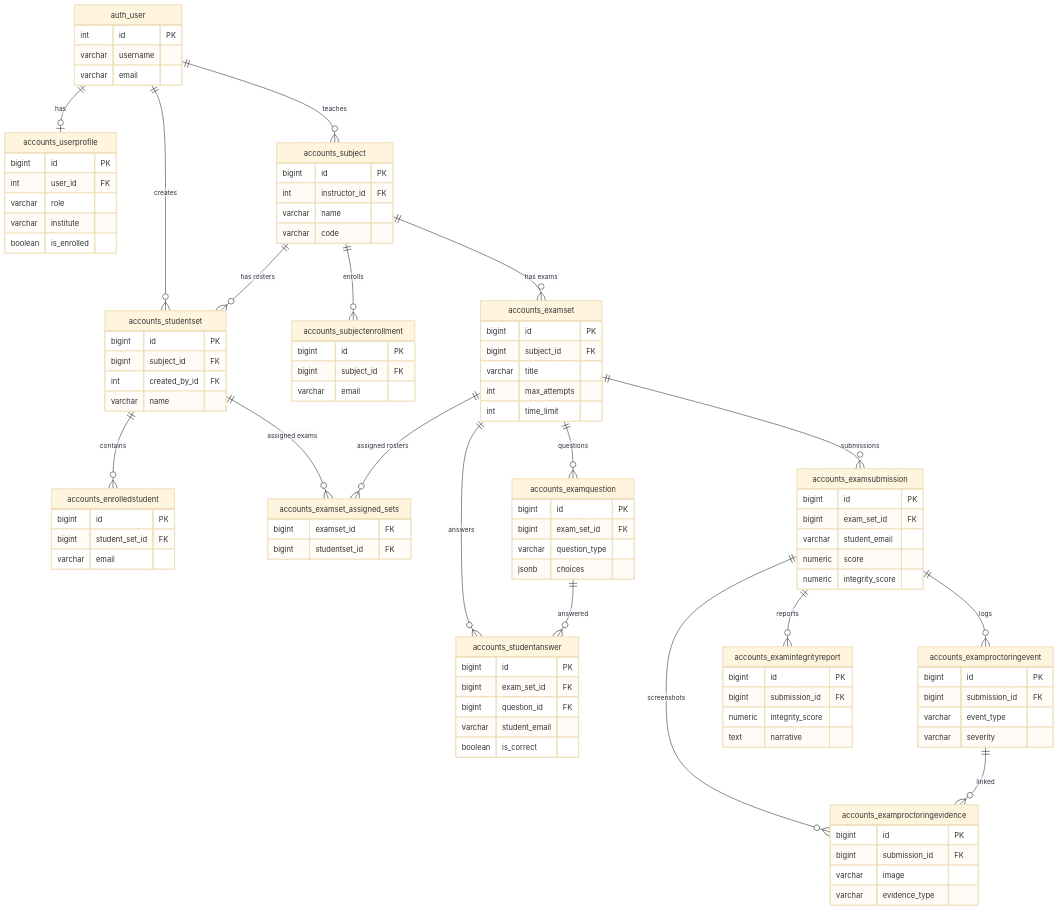
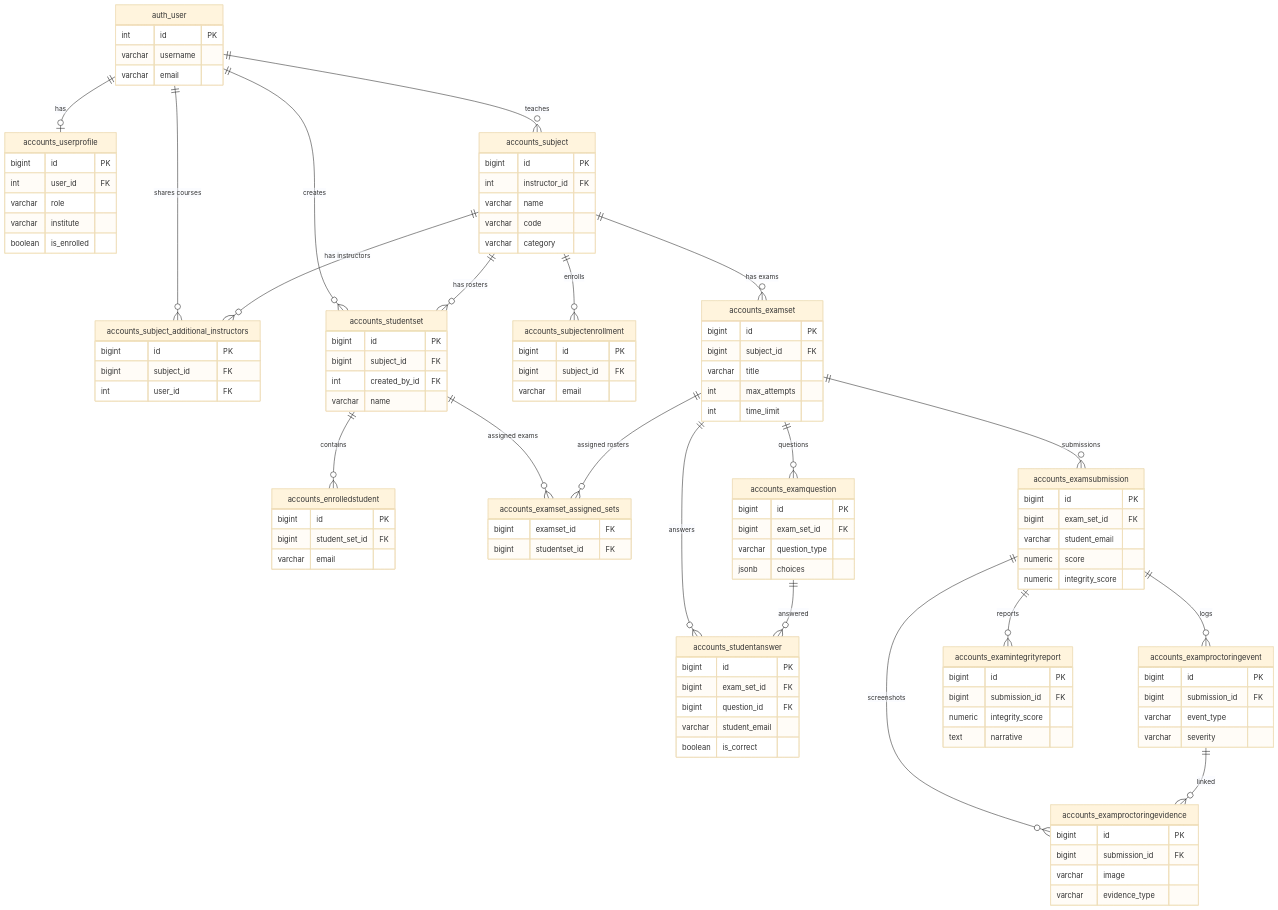
One commit to brybalidiong/AI-Vigilation changed the diagram in docs/database-erd.mmd. Above: the diagram before and after it, drawn with Mermaid (base theme). The commit also changed 10 other files, not shown here.

```diff
--- a/docs/database-erd.mmd
+++ b/docs/database-erd.mmd
@@ -1,120 +1,129 @@
 erDiagram
     auth_user ||--o| accounts_userprofile : "has"
     auth_user ||--o{ accounts_subject : "teaches"
+    auth_user ||--o{ accounts_subject_additional_instructors : "shares courses"
+    accounts_subject ||--o{ accounts_subject_additional_instructors : "has instructors"
     auth_user ||--o{ accounts_studentset : "creates"
 
     accounts_subject ||--o{ accounts_studentset : "has rosters"
     accounts_subject ||--o{ accounts_subjectenrollment : "enrolls"
     accounts_subject ||--o{ accounts_examset : "has exams"
 
     accounts_studentset ||--o{ accounts_enrolledstudent : "contains"
     accounts_studentset ||--o{ accounts_examset_assigned_sets : "assigned exams"
     accounts_examset ||--o{ accounts_examset_assigned_sets : "assigned rosters"
 
     accounts_examset ||--o{ accounts_examsubmission : "submissions"
     accounts_examset ||--o{ accounts_examquestion : "questions"
     accounts_examset ||--o{ accounts_studentanswer : "answers"
 
     accounts_examquestion ||--o{ accounts_studentanswer : "answered"
 
     auth_user {
         int id PK
         varchar username
         varchar email
     }
 
     accounts_userprofile {
         bigint id PK
         int user_id FK
         varchar role
         varchar institute
         boolean is_enrolled
     }
 
     accounts_subject {
         bigint id PK
         int instructor_id FK
         varchar name
         varchar code
+        varchar category
+    }
+
+    accounts_subject_additional_instructors {
+        bigint id PK
+        bigint subject_id FK
+        int user_id FK
     }
 
     accounts_studentset {
         bigint id PK
         bigint subject_id FK
         int created_by_id FK
         varchar name
     }
 
     accounts_enrolledstudent {
         bigint id PK
         bigint student_set_id FK
         varchar email
     }
 
     accounts_subjectenrollment {
         bigint id PK
         bigint subject_id FK
         varchar email
     }
 
     accounts_examset {
         bigint id PK
         bigint subject_id FK
         varchar title
         int max_attempts
         int time_limit
     }
 
     accounts_examset_assigned_sets {
         bigint examset_id FK
         bigint studentset_id FK
     }
 
     accounts_examsubmission ||--o{ accounts_examproctoringevent : "logs"
     accounts_examsubmission ||--o{ accounts_examproctoringevidence : "screenshots"
     accounts_examsubmission ||--o{ accounts_examintegrityreport : "reports"
     accounts_examproctoringevent ||--o{ accounts_examproctoringevidence : "linked"
 
     accounts_examsubmission {
         bigint id PK
         bigint exam_set_id FK
         varchar student_email
         numeric score
         numeric integrity_score
     }
 
     accounts_examproctoringevent {
         bigint id PK
         bigint submission_id FK
         varchar event_type
         varchar severity
     }
 
     accounts_examproctoringevidence {
         bigint id PK
         bigint submission_id FK
         varchar image
         varchar evidence_type
     }
 
     accounts_examintegrityreport {
         bigint id PK
         bigint submission_id FK
         numeric integrity_score
         text narrative
     }
 
     accounts_examquestion {
         bigint id PK
         bigint exam_set_id FK
         varchar question_type
         jsonb choices
     }
 
     accounts_studentanswer {
         bigint id PK
         bigint exam_set_id FK
         bigint question_id FK
         varchar student_email
         boolean is_correct
     }
```
